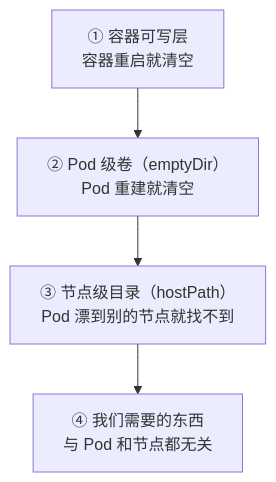
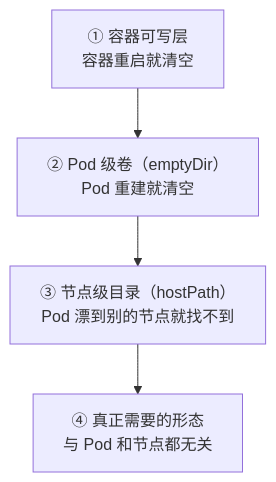
The first of 3 diagrams in chapters/09-storage.md (evaevable/k8s-study), drawn with Mermaid before and after one commit. The commit also changed other lines of this file and 3 other files, not shown here.

````diff
--- a/chapters/09-storage.md
+++ b/chapters/09-storage.md
@@ -22,6 +15,6 @@
 ```mermaid
 flowchart TB
     L1["① 容器可写层<br/>容器重启就清空"] --> L2["② Pod 级卷（emptyDir）<br/>Pod 重建就清空"]
     L2 --> L3["③ 节点级目录（hostPath）<br/>Pod 漂到别的节点就找不到"]
-    L3 --> L4["④ 我们需要的东西<br/>与 Pod 和节点都无关"]
+    L3 --> L4["④ 真正需要的形态<br/>与 Pod 和节点都无关"]
 ```
````
